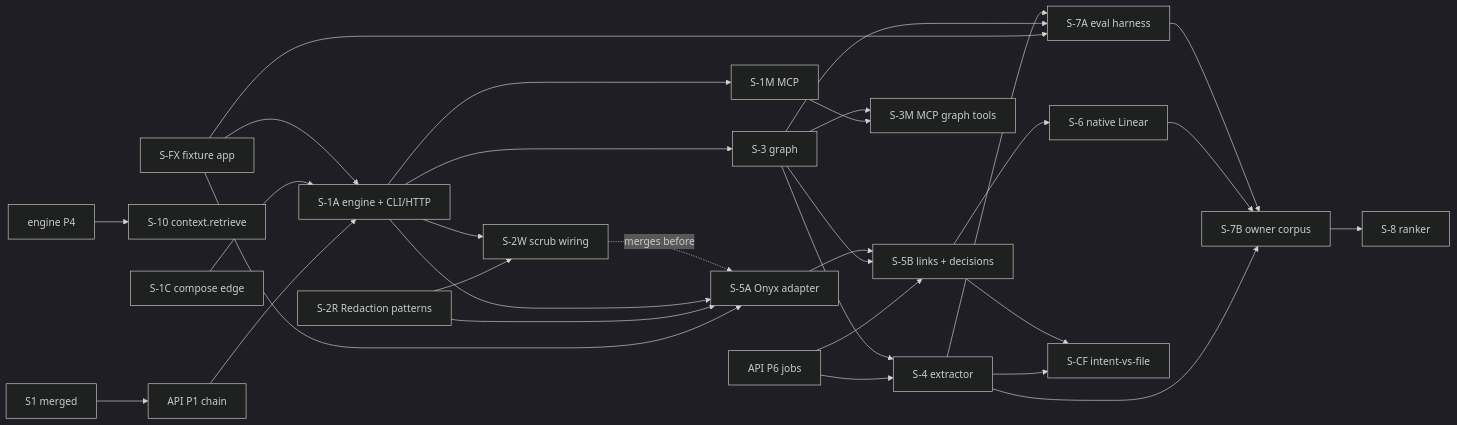
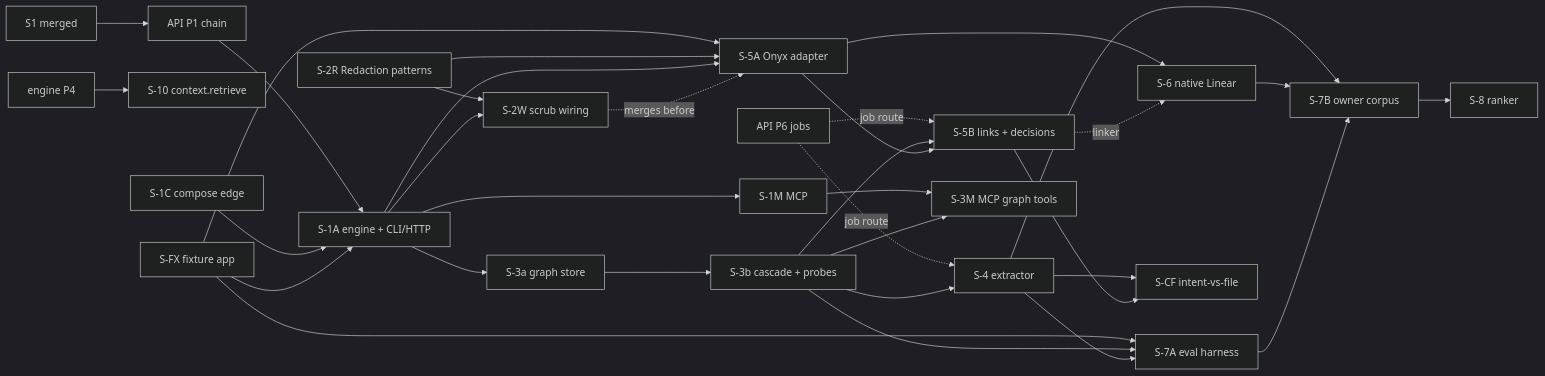
The diagram in docs/superpowers/specs/2026-10-10-sindri-context-retrieval-design.md (joithor/agentic-workflow), drawn with Mermaid (dark theme) before and after one commit. The commit also changed other lines of this file, not shown here.

````diff
--- a/docs/superpowers/specs/2026-10-10-sindri-context-retrieval-design.md
+++ b/docs/superpowers/specs/2026-10-10-sindri-context-retrieval-design.md
@@ -837,33 +840,35 @@
 ```mermaid
 flowchart LR
   S1[S1 merged] --> P1[API P1 chain]
   P1 --> S1A
-  P6[API P6 jobs] --> S4
-  P6 --> S5B
+  P6[API P6 jobs] -. job route .-> S4
+  P6 -. job route .-> S5B
   WF4[engine P4] --> S10[S-10 context.retrieve]
   S1C[S-1C compose edge] --> S1A
   SFX[S-FX fixture app] --> S1A
   SFX --> S5A
   SFX --> S7A
   S2R[S-2R Redaction patterns] --> S2W
   S2R --> S5A
   S1A[S-1A engine + CLI/HTTP] --> S1M[S-1M MCP]
   S1A --> S2W[S-2W scrub wiring]
-  S1A --> S3[S-3 graph]
+  S1A --> S3a[S-3a graph store]
+  S3a --> S3b[S-3b cascade + probes]
   S1A --> S5A[S-5A Onyx adapter]
   S2W -. merges before .-> S5A
   S1M --> S3M[S-3M MCP graph tools]
-  S3 --> S3M
-  S3 --> S4[S-4 extractor]
-  S3 --> S5B[S-5B links + decisions]
+  S3b --> S3M
+  S3b --> S4[S-4 extractor]
+  S3b --> S5B[S-5B links + decisions]
   S5A --> S5B
-  S5B --> S6[S-6 native Linear]
-  S3 --> S7A[S-7A eval harness]
+  S5A --> S6[S-6 native Linear]
+  S5B -. linker .-> S6
+  S3b --> S7A[S-7A eval harness]
   S4 --> S7A
   S4 --> SCF[S-CF intent-vs-file]
   S5B --> SCF
   S4 --> S7B[S-7B owner corpus]
   S6 --> S7B
   S7A --> S7B
   S7B --> S8[S-8 ranker]
 ```
````
